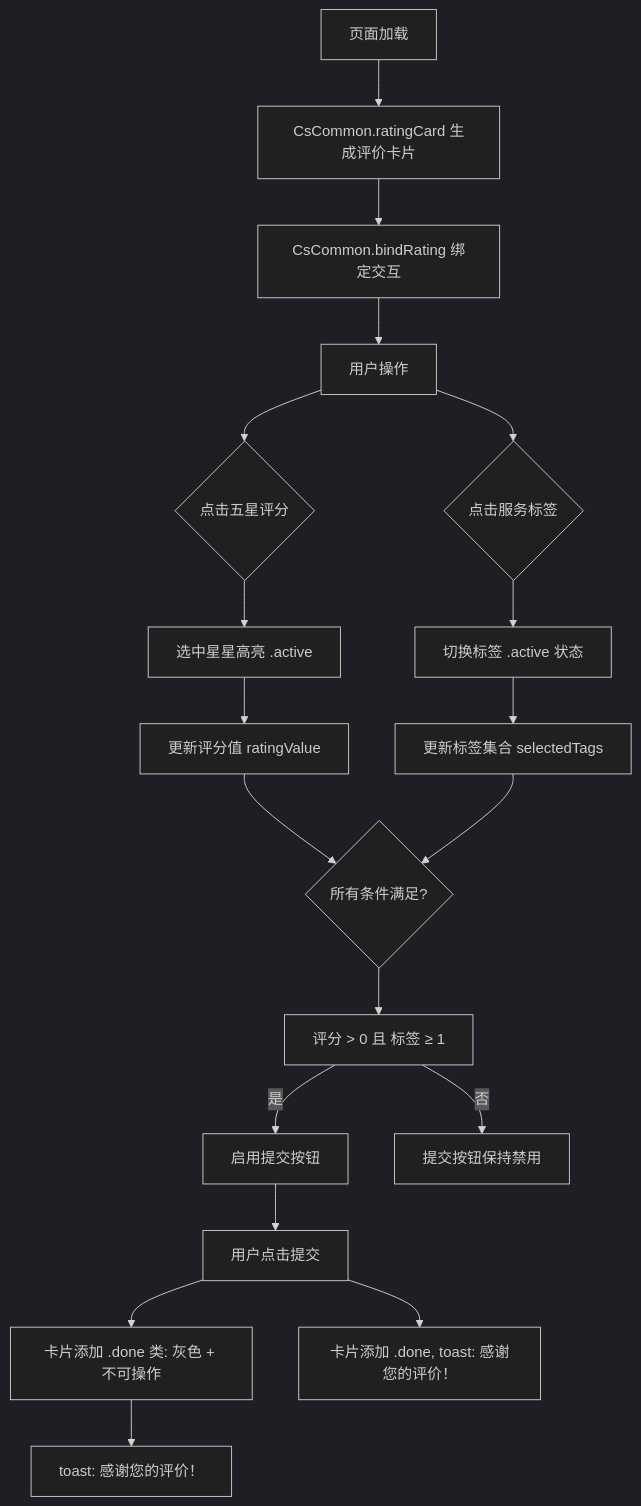
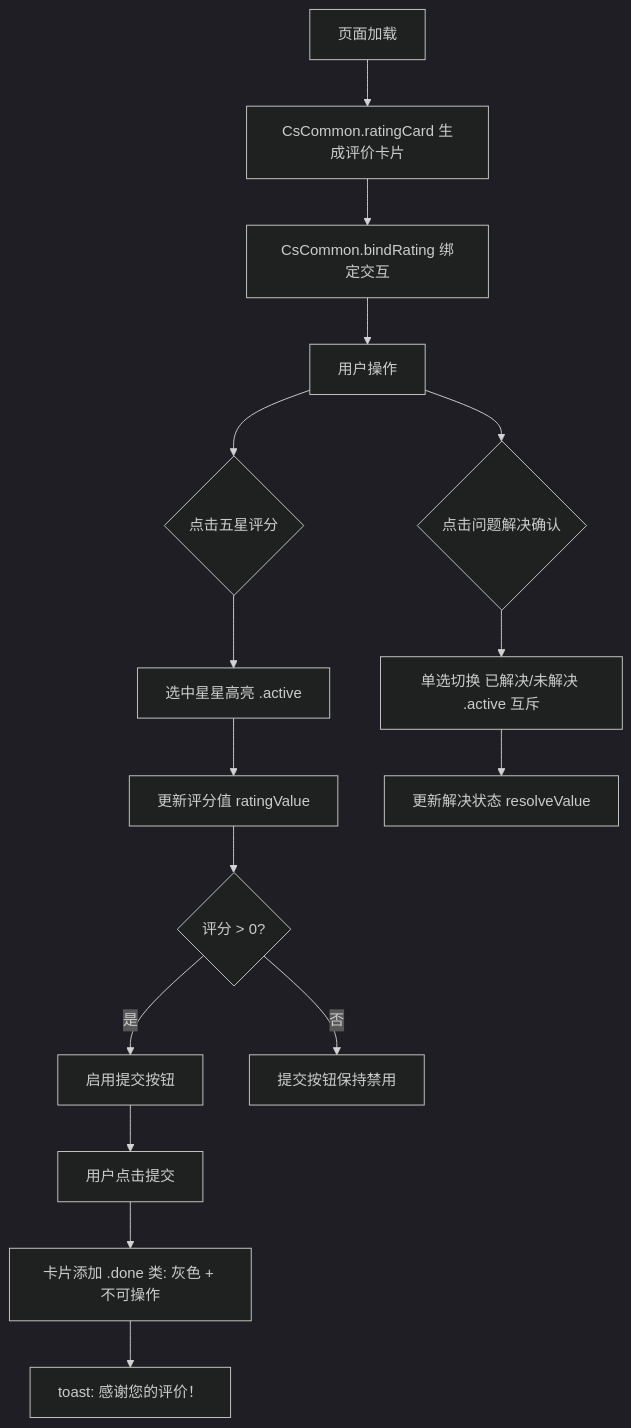
Before and after one commit to lyuxiaohei/OCS: the diagram in prototype-cs/user/PRD/05-服务评价.md, drawn with Mermaid (dark theme). The commit also changed other lines of this file and 16 other files, not shown here.

````diff
--- a/prototype-cs/user/PRD/05-服务评价.md
+++ b/prototype-cs/user/PRD/05-服务评价.md
@@ -57,21 +57,18 @@
 ```mermaid
 flowchart TD
     A[页面加载] --> B[CsCommon.ratingCard 生成评价卡片]
     B --> C[CsCommon.bindRating 绑定交互]
     C --> D[用户操作]
     D --> E{点击五星评分}
-    D --> F{点击服务标签}
+    D --> F{点击问题解决确认}
     E --> G[选中星星高亮 .active]
     G --> H[更新评分值 ratingValue]
-    F --> I[切换标签 .active 状态]
-    I --> J[更新标签集合 selectedTags]
-    H --> K{所有条件满足?}
-    J --> K
-    K --> L[评分 > 0 且 标签 ≥ 1]
-    L -->|是| M[启用提交按钮]
-    L -->|否| N[提交按钮保持禁用]
+    F --> I[单选切换 已解决/未解决 .active 互斥]
+    I --> J[更新解决状态 resolveValue]
+    H --> K{评分 > 0?}
+    K -->|是| M[启用提交按钮]
+    K -->|否| N[提交按钮保持禁用]
     M --> O[用户点击提交]
     O --> P[卡片添加 .done 类: 灰色 + 不可操作]
     P --> Q[toast: 感谢您的评价！]
-    O --> R[卡片添加 .done, toast: 感谢您的评价！]
 ```
````
